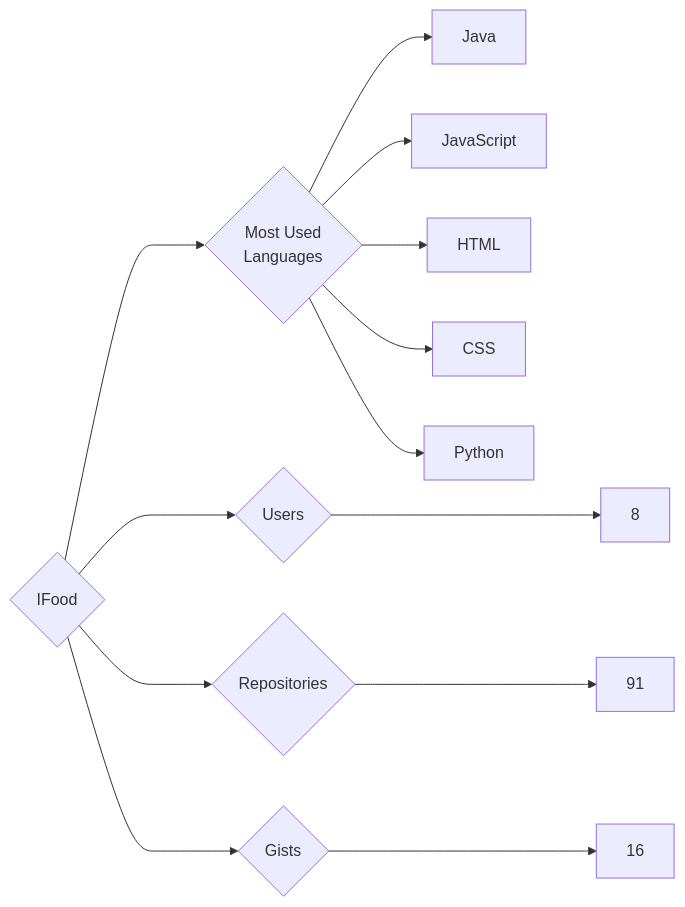
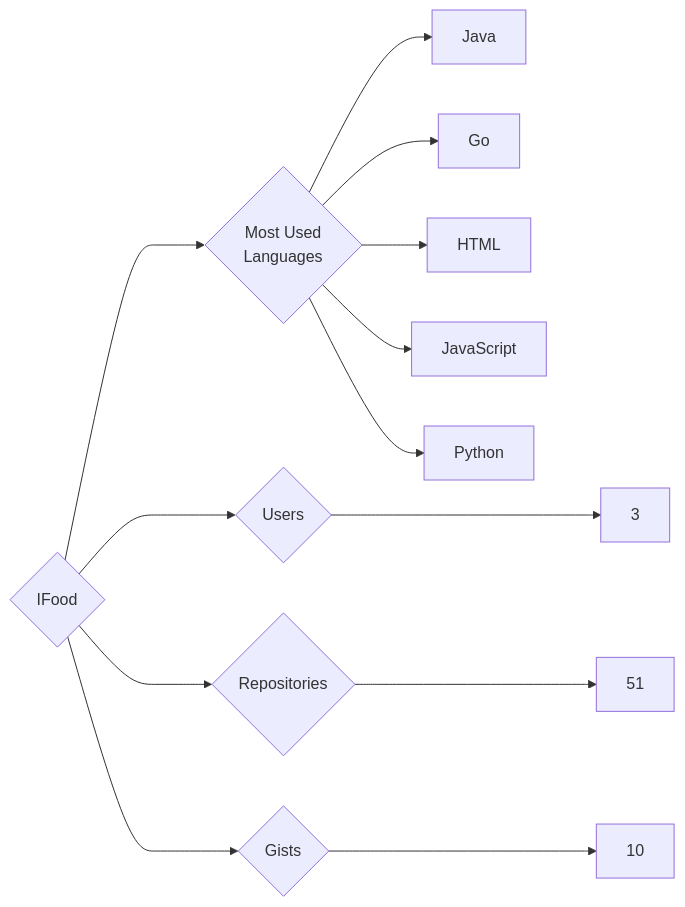
The diagram in targets/IFood/README.md (trickest/insiders), drawn with Mermaid before and after one commit. The commit also changed 1007 other files, not shown here.

````diff
--- a/targets/IFood/README.md
+++ b/targets/IFood/README.md
@@ -3,13 +3,13 @@
 ```mermaid
 graph LR
 COMPANY_NAME{IFood}
-COMPANY_NAME ---> U{Users} ---> UN[8]
-COMPANY_NAME ---> R{Repositories} ---> RN[91]
-COMPANY_NAME ---> G{Gists} ---> GN[16]
+COMPANY_NAME ---> U{Users} ---> UN[3]
+COMPANY_NAME ---> R{Repositories} ---> RN[51]
+COMPANY_NAME ---> G{Gists} ---> GN[10]
 COMPANY_NAME ---> ML{Most Used<br>Languages}
 ML --> Java[Java]
+ML --> Go[Go]
+ML --> HTML[HTML]
 ML --> JavaScript[JavaScript]
-ML --> HTML[HTML]
-ML --> CSS[CSS]
 ML --> Python[Python]
 ```
````
